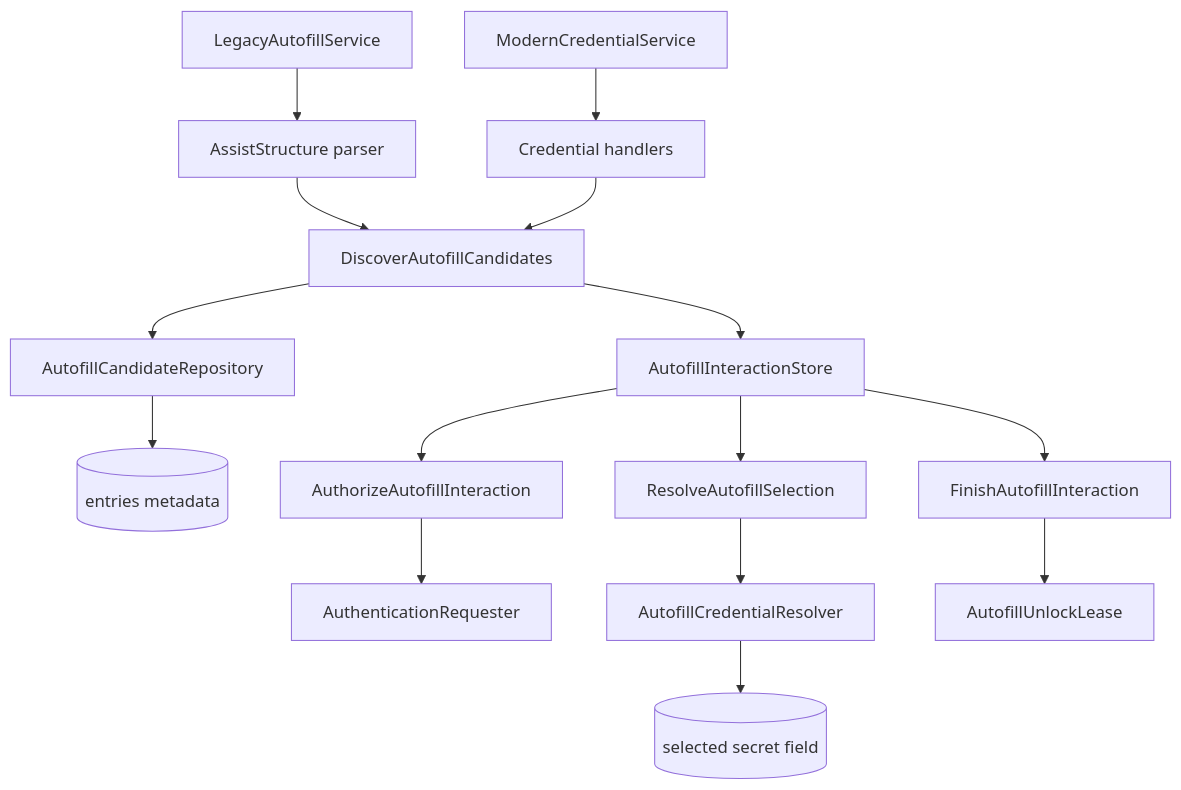
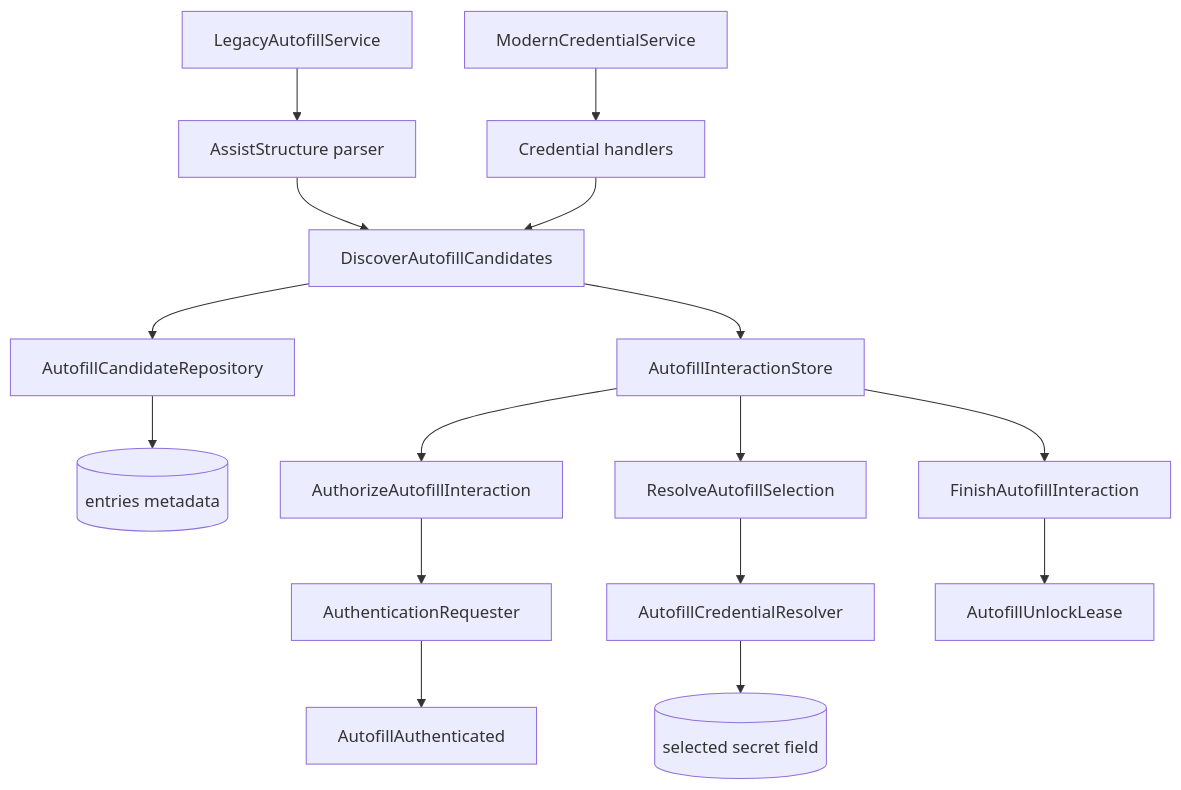
Before and after one commit to aozijx/Passly: the diagram in docs/security/autofill.md, drawn with Mermaid. The commit also changed other lines of this file and 30 other files, not shown here.

````diff
--- a/docs/security/autofill.md
+++ b/docs/security/autofill.md
@@ -11,17 +11,18 @@
 ```mermaid
 flowchart TD
     Legacy[LegacyAutofillService] --> Parse[AssistStructure parser]
     Credential[ModernCredentialService] --> CredentialAdapter[Credential handlers]
     Parse --> Discover[DiscoverAutofillCandidates]
     CredentialAdapter --> Discover
     Discover --> CandidateRepository[AutofillCandidateRepository]
     CandidateRepository --> Metadata[(entries metadata)]
     Discover --> Store[AutofillInteractionStore]
     Store --> Authorize[AuthorizeAutofillInteraction]
     Authorize --> Auth[AuthenticationRequester]
+    Auth --> Temporary[AutofillAuthenticated]
     Store --> Resolve[ResolveAutofillSelection]
     Resolve --> Resolver[AutofillCredentialResolver]
     Resolver --> Secret[(selected secret field)]
     Store --> Finish[FinishAutofillInteraction]
     Finish --> Lease[AutofillUnlockLease]
 ```
````
